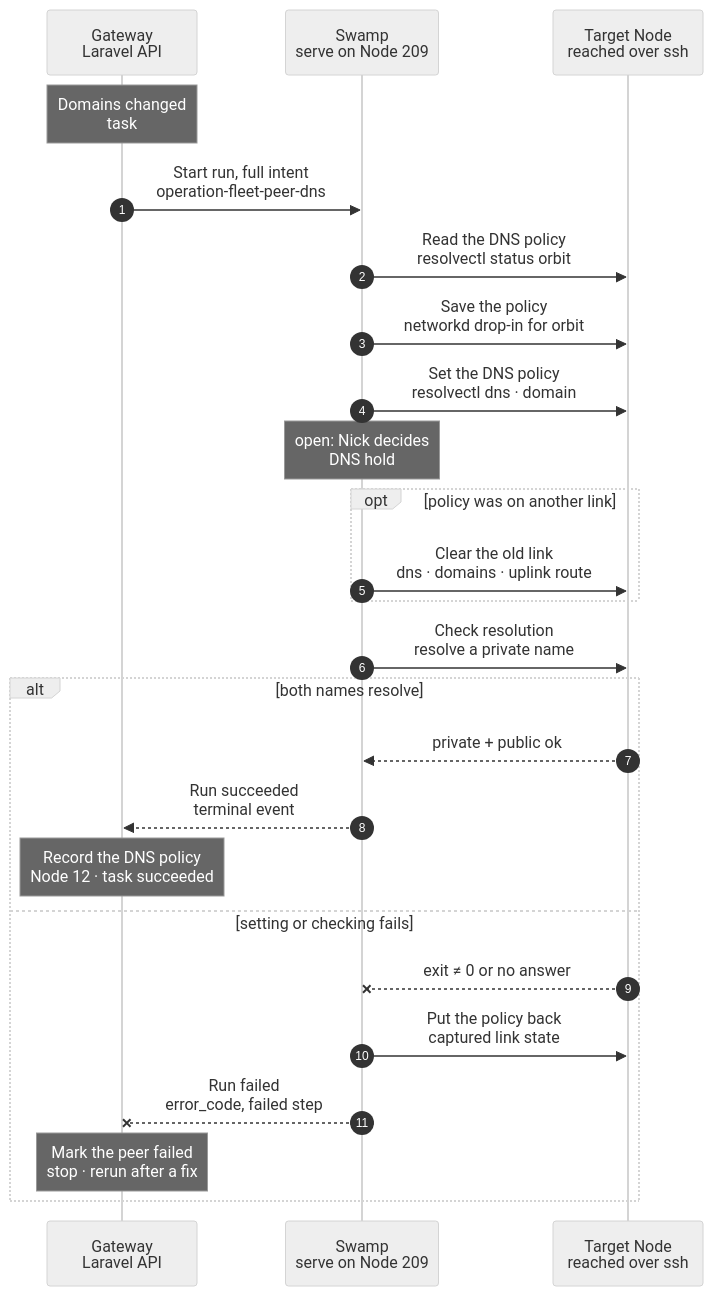
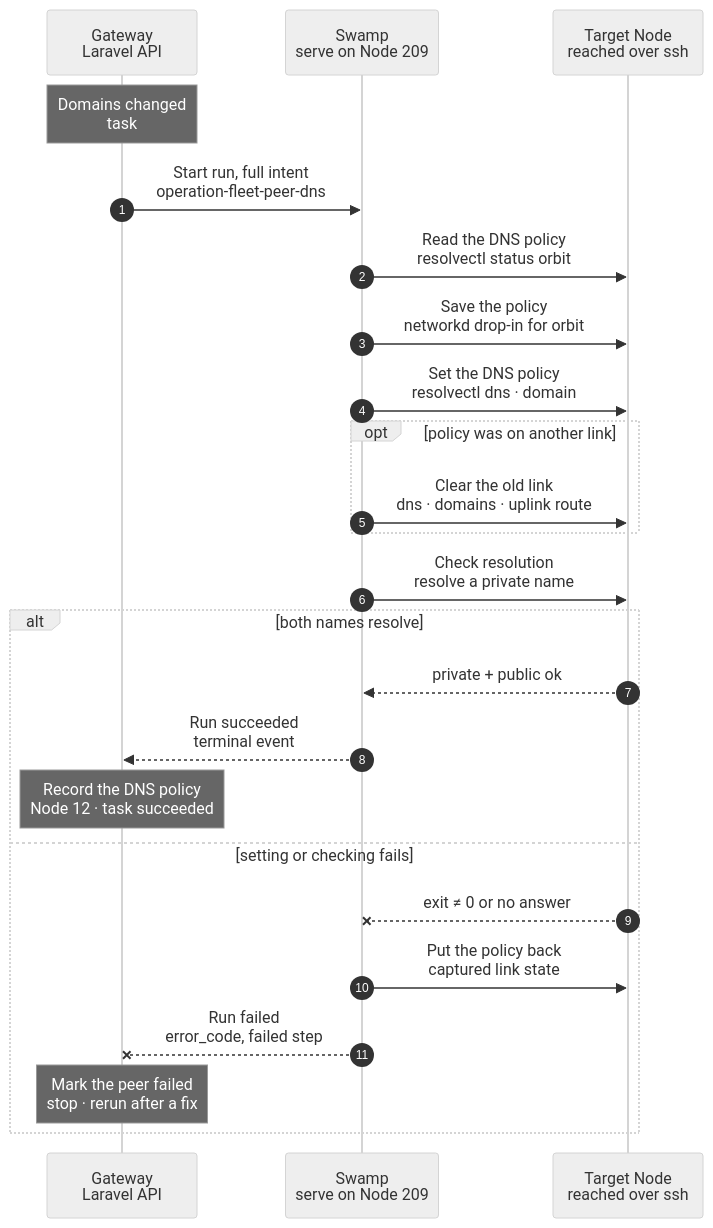
One commit to hardimpactdev/orbit changed the diagram in docs/flows/fleet.peer_dns.mmd. Above: the diagram before and after it, drawn with Mermaid (neutral theme).

Commit message:
docs(flows): fleet.peer_dns

```diff
--- a/docs/flows/fleet.peer_dns.mmd
+++ b/docs/flows/fleet.peer_dns.mmd
@@ -1,87 +1,83 @@
 sequenceDiagram
-  %% Target design: ADR 0244 task, DECISIONS 2 (DNS hold) and R1-R4, agent-observer-swamp-acts, single-swamp-node. docs/reference/private-dns.md#resolver-selection.
+  %% Target design: ADR 0244 task, DECISIONS and R1-R4, agent-observer-swamp-acts, single-swamp-node. docs/reference/private-dns.md#resolver-selection.
   %% status: draft
   %% command: none · routing domains change
   autonumber
   %% lane GW icon=gateway pill=intent tone=blue
   %% lane SW icon=workflow pill=executes tone=green
   %% lane N icon=server pill=target tone=amber
   participant GW as Gateway<br/>Laravel API
   participant SW as Swamp<br/>serve on Node 209
   participant N as Target Node<br/>reached over ssh
   Note over GW: Domains changed<br/>task #5163 · peer Node 12
   %%> When:
   %%> - the private routing domains or the selected DNS server change, for example a Node with a new TLD joins or the `vpn` role moves
   %%> - the Gateway admits one task per peer, one peer at a time
   %%> - the Node agent reports a different DNS policy on Node 12 than the Gateway wants
   %%> Not included:
   %%> - no command; no per-minute Swamp poll; drift comes from the Node agent's reports
   %%> - a full re-apply of Node 12's footprint is `node.converge`, which uses the same DNS steps
   %%> Requirements:
   %%> - Node 12 is an active managed Linux peer with roles; the `vpn` Node and the Gateway stay out
   %%> - no other network change runs on Node 12; the Gateway holds one lock per Node
   %%> Result:
   %%> - task #5163 recorded with the domains and the DNS server for Node 12
   GW->>SW: Start run, full intent<br/>operation-fleet-peer-dns
   %%> What it does:
   %%> - starts one Swamp run on serve (Node 209)
   %%> Inputs:
   %%> - the routing domains, such as `~orbit`, and the DNS server's WireGuard address
   %%> - Node 12's address and SSH host keys; the SSH identity comes from the `swamp` role
   SW->>N: Read the DNS policy<br/>resolvectl status orbit
   %%> How:
   %%> - Swamp reaches Node 12 over SSH from 209, with `@swamp/ssh`
   %%> What it does:
   %%> - reads the DNS server, routing domains and default route of the `orbit` link, and which link held the policy before
   %%> When it matches:
   %%> - the next steps are skipped and the task succeeds without a change
   SW->>N: Save the policy<br/>networkd drop-in for orbit
   %%> What it does:
   %%> - writes the policy to the `orbit` link's configuration, so it survives a reboot
   %%> - no tunnel restart
   SW->>N: Set the DNS policy<br/>resolvectl dns · domain
   %%> What it does:
   %%> - sets the DNS server and routing domains on the `orbit` link, with `default-route no`, so only private domains go to Orbit's DNS
-  Note over SW: open: Nick decides<br/>DNS hold
-  %%> Open:
-  %%> - this step changes how Nodes resolve private names; the hold `native-dns-takeover-held` still applies
-  %%> - Nick decides whether it runs natively before the DNS hold for Routes is lifted
   opt policy was on another link
     SW->>N: Clear the old link<br/>dns · domains · uplink route
     %%> When:
     %%> - only when an earlier release put the policy on another link
     %%> What it does:
     %%> - removes the old DNS server and domains there, and gives the uplink back its default route
   end
   SW->>N: Check resolution<br/>resolve a private name
   %%> What it does:
   %%> - resolves a private name through the `orbit` link and a public name through the uplink
   %%> Why:
   %%> - the policy only counts as applied when Node 12 resolves both
   alt both names resolve
     N-->>SW: private + public ok
     %%> Returns:
     %%> - the check passed
     SW-->>GW: Run succeeded<br/>terminal event
     %%> How the Gateway learns it:
     %%> - its shared run reader sees the terminal event; Swamp never calls the Gateway
     Note over GW: Record the DNS policy<br/>Node 12 · task succeeded
     %%> Result:
     %%> - Node 12's peer DNS digest is recorded; task #5163 succeeds
     %%> - the Gateway admits the next peer
   else setting or checking fails
     N--xSW: exit ≠ 0 or no answer
     %%> When:
     %%> - `resolvectl` refuses, SSH fails, or a name does not resolve
     SW->>N: Put the policy back<br/>captured link state
     %%> What it does:
     %%> - restores the policy captured in the first step, so Node 12 keeps resolving names
     SW--xGW: Run failed<br/>error_code, failed step
     %%> The Gateway reads:
     %%> - which step failed and its error code
     Note over GW: Mark the peer failed<br/>stop · rerun after a fix
     %%> Result:
     %%> - Node 12's peer DNS is marked failed; task #5163 fails; later peers wait
     %%> Retry:
     %%> - safe: the first step skips a policy that already matches; it is a new task
   end
```
